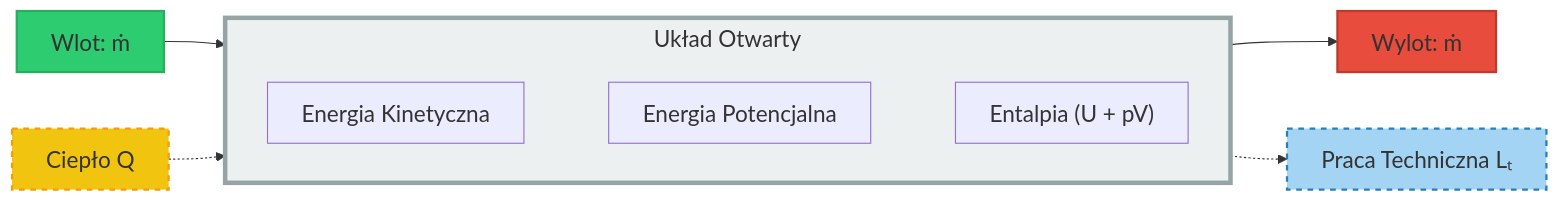
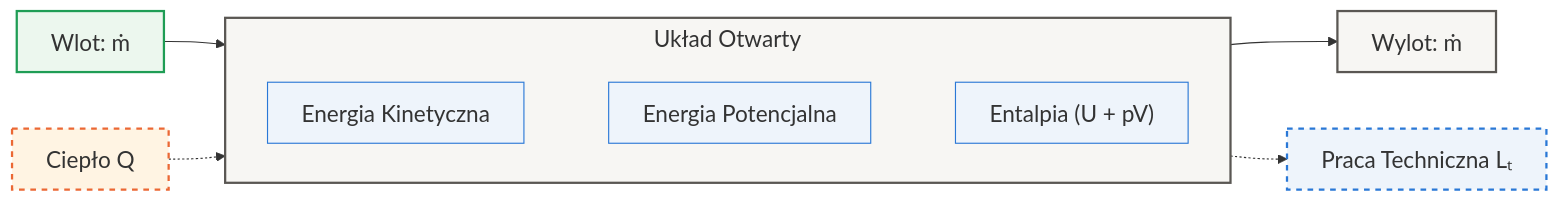
Before and after one commit to moondec/Termodynamika: the first of 2 diagrams in Wyklady/03_I_Zasada_Otwarte.qmd, drawn with Mermaid. The commit also changed other lines of this file and 229 other files, not shown here.

````diff
--- a/Wyklady/03_I_Zasada_Otwarte.qmd
+++ b/Wyklady/03_I_Zasada_Otwarte.qmd
@@ -212,23 +204,26 @@
 ```{mermaid}
 %%{init: {'theme': 'default', 'htmlLabels': false, 'flowchart': {'htmlLabels': false, 'wrappingWidth': 400, 'subGraphTitleMargin': {'top': 6, 'bottom': 16}}, 'themeVariables': {'fontSize': '20px', 'fontFamily': 'Arial, Helvetica, sans-serif'}}}%%
 flowchart LR
     subgraph System ["Układ Otwarty"]
         direction LR
         K[Energia Kinetyczna]
         P[Energia Potencjalna]
         H["Entalpia (U + pV)"]
         K ~~~ P ~~~ H
     end
 
     In[Wlot: ṁ] --> System
     System --> Out[Wylot: ṁ]
 
     Q[Ciepło Q] -.-> System
     System -.-> W["Praca Techniczna Lₜ"]
 
-    style In fill:#2ecc71,stroke:#27ae60,stroke-width:2px
-    style Out fill:#e74c3c,stroke:#c0392b,stroke-width:2px
-    style Q fill:#f1c40f,stroke:#f39c12,stroke-width:2px,stroke-dasharray: 5 5
-    style W fill:#a4d4f4ff,stroke:#2980b9,stroke-width:2px,stroke-dasharray: 5 5
-    style System fill:#ecf0f1,stroke:#95a5a6,stroke-width:4px
+    style In fill:#ecf7ee,stroke:#1f9d55,stroke-width:2px
+    style Out fill:#f7f6f3,stroke:#5a5753,stroke-width:2px
+    style Q fill:#fff4e3,stroke:#eb6834,stroke-width:2px,stroke-dasharray: 5 5
+    style W fill:#eef4fb,stroke:#2a78d6,stroke-width:2px,stroke-dasharray: 5 5
+    style K fill:#eef4fb,stroke:#2a78d6
+    style P fill:#eef4fb,stroke:#2a78d6
+    style H fill:#eef4fb,stroke:#2a78d6
+    style System fill:#f7f6f3,stroke:#5a5753,stroke-width:2px
 ```
````
